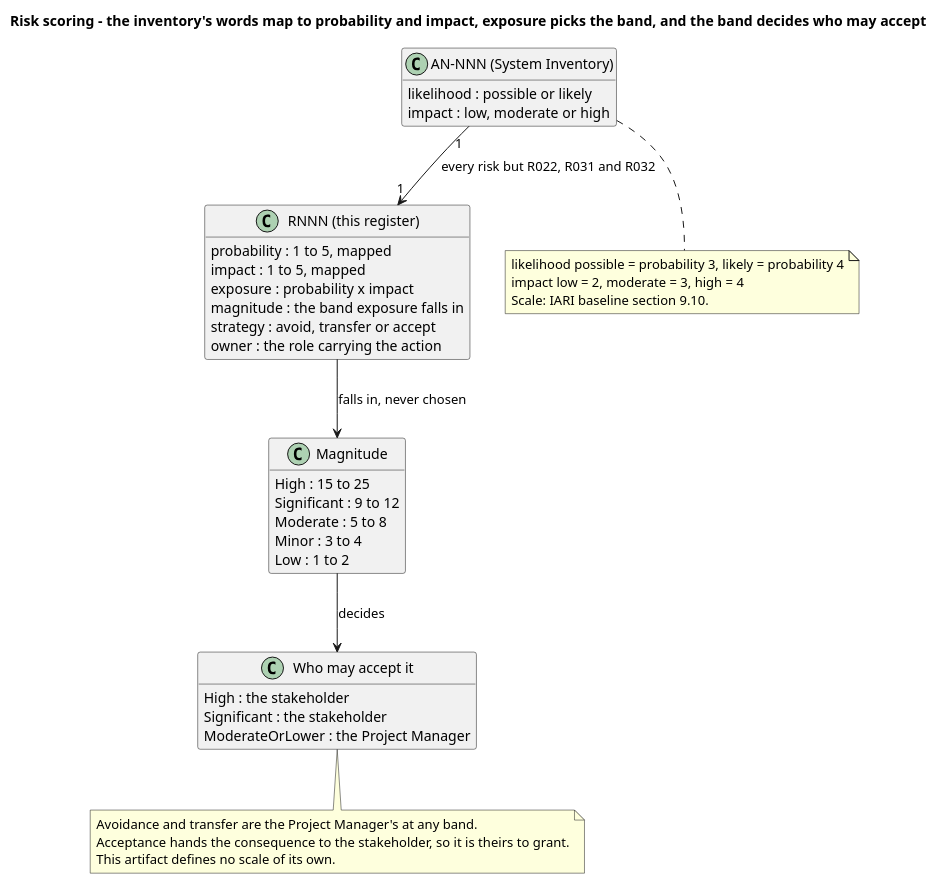
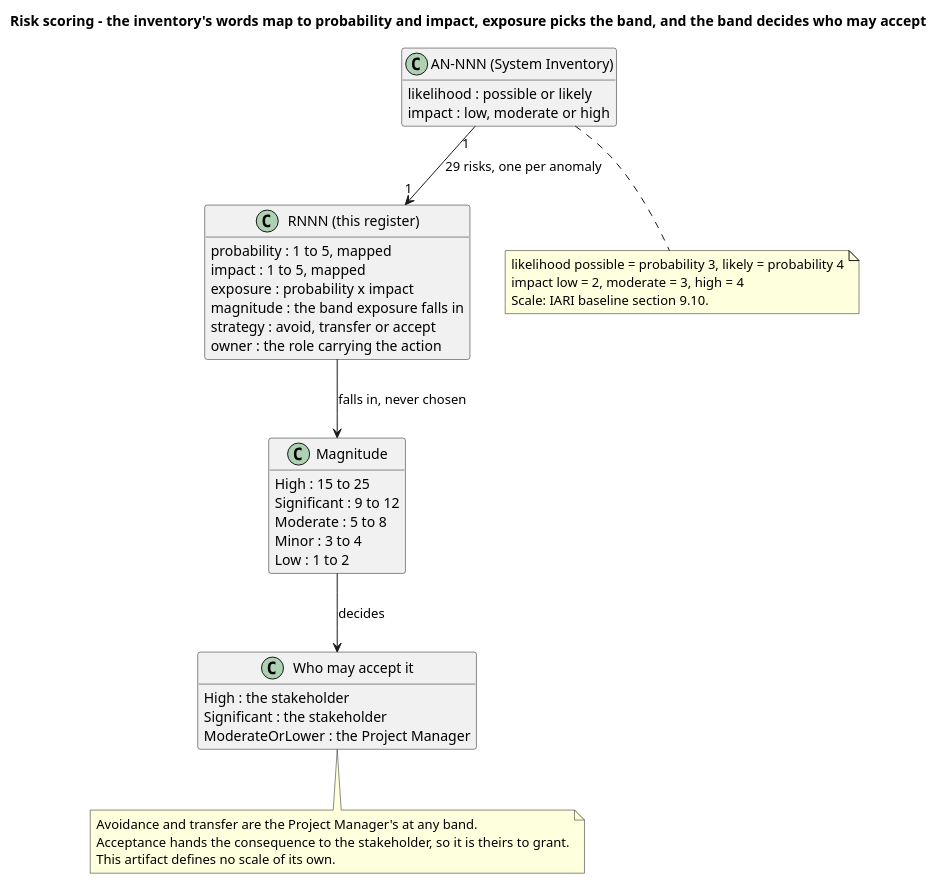
The first of 3 diagrams in docs/artifacts/project-management/risk-list.md (banense-test/TodoApp), drawn with PlantUML before and after one commit. The commit also changed other lines of this file, not shown here.

Commit message:
Project Manager [Excavation3]: upsert Risk List
[skip ci]

````diff
--- a/docs/artifacts/project-management/risk-list.md
+++ b/docs/artifacts/project-management/risk-list.md
@@ -46,47 +46,47 @@
 ```plantuml
 @startuml
 title Risk scoring - the inventory's words map to probability and impact, exposure picks the band, and the band decides who may accept
 
 skinparam shadowing false
 skinparam classAttributeIconSize 0
 hide empty members
 
 class "AN-NNN (System Inventory)" as AN {
   likelihood : possible or likely
   impact : low, moderate or high
 }
 class "RNNN (this register)" as RISK {
   probability : 1 to 5, mapped
   impact : 1 to 5, mapped
   exposure : probability x impact
   magnitude : the band exposure falls in
   strategy : avoid, transfer or accept
   owner : the role carrying the action
 }
 class "Magnitude" as M {
   High : 15 to 25
   Significant : 9 to 12
   Moderate : 5 to 8
   Minor : 3 to 4
   Low : 1 to 2
 }
 class "Who may accept it" as A {
   High : the stakeholder
   Significant : the stakeholder
   ModerateOrLower : the Project Manager
 }
-AN "1" --> "1" RISK : every risk but R022, R031 and R032
+AN "1" --> "1" RISK : 29 risks, one per anomaly
 RISK --> M : falls in, never chosen
 M --> A : decides
 note bottom of AN
   likelihood possible = probability 3, likely = probability 4
   impact low = 2, moderate = 3, high = 4
   Scale: IARI baseline section 9.10.
 end note
 note bottom of A
   Avoidance and transfer are the Project Manager's at any band.
   Acceptance hands the consequence to the stakeholder, so it is theirs to grant.
   This artifact defines no scale of its own.
 end note
 @enduml
 ```
````
